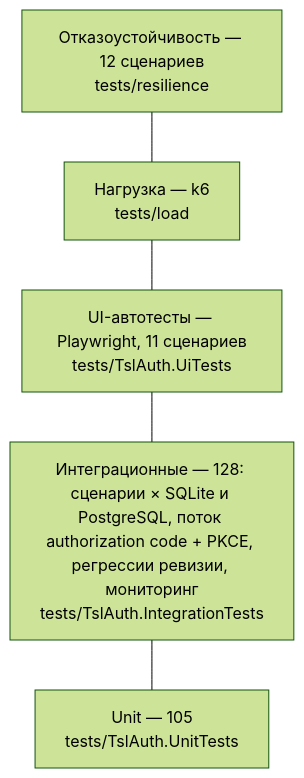
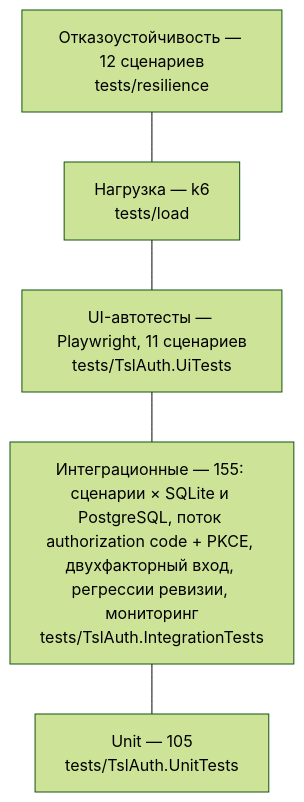
One commit to akprof2000/tsl-auth changed the diagram in docs/testing.md. Above: the diagram before and after it, drawn with Mermaid (forest theme). The commit also changed other lines of this file and 38 other files, not shown here.

First line of the commit message:
Решения заказчика по ЧТЗ: двухфакторный вход по ролям (почта, мессенджер), отключение неактивных учётных записей, сроки журнала по умолчанию

````diff
--- a/docs/testing.md
+++ b/docs/testing.md
@@ -3,9 +3,9 @@
 ```mermaid
 flowchart TB
     R["Отказоустойчивость — 12 сценариев<br/>tests/resilience"]
     L["Нагрузка — k6<br/>tests/load"]
     UI["UI-автотесты — Playwright, 11 сценариев<br/>tests/TslAuth.UiTests"]
-    I["Интеграционные — 128: сценарии × SQLite и PostgreSQL, поток authorization code + PKCE, регрессии ревизии, мониторинг<br/>tests/TslAuth.IntegrationTests"]
+    I["Интеграционные — 155: сценарии × SQLite и PostgreSQL, поток authorization code + PKCE, двухфакторный вход, регрессии ревизии, мониторинг<br/>tests/TslAuth.IntegrationTests"]
     U["Unit — 105<br/>tests/TslAuth.UnitTests"]
     R --- L --- UI --- I --- U
 ```
````
